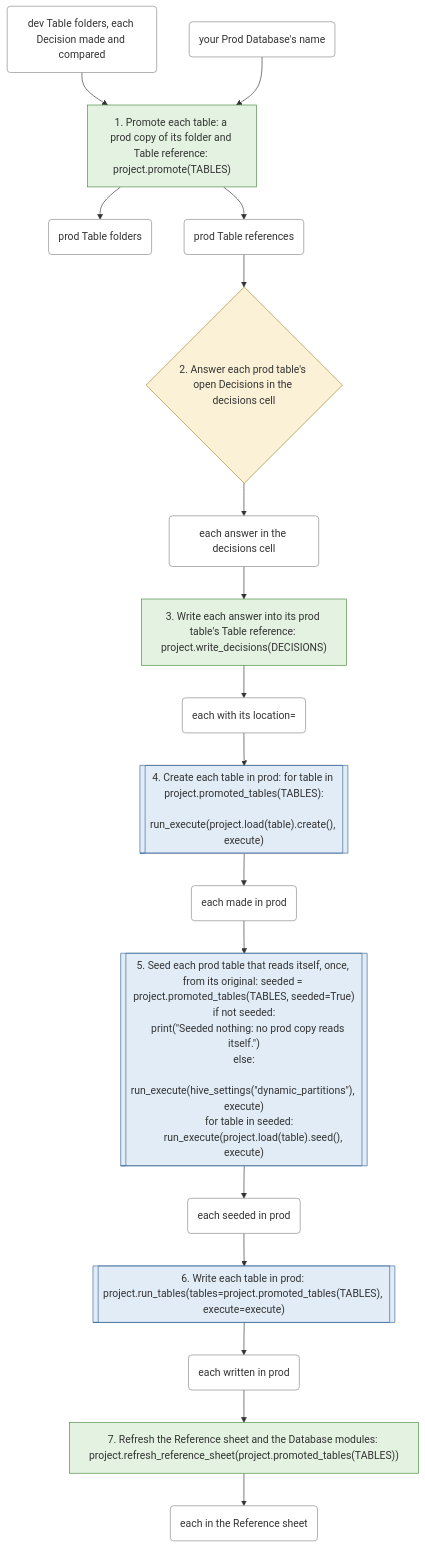
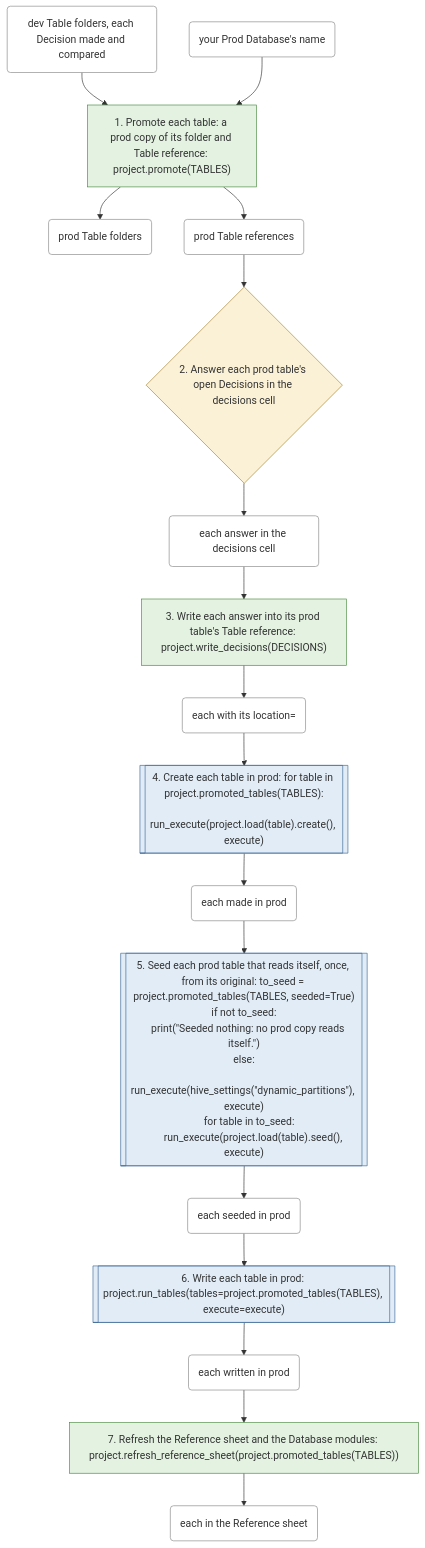
One commit to EdgyPage/SQL-Composer changed the second of 6 diagrams in docs/workflows.md. Above: the diagram before and after it, drawn with Mermaid. The commit also changed other lines of this file and 43 other files, not shown here.

````diff
--- a/docs/workflows.md
+++ b/docs/workflows.md
@@ -90,47 +90,47 @@
 ```mermaid
 flowchart TD
     s0["1. Promote each table: a prod copy of its folder and Table reference: project.promote(TABLES)"]:::files_only
     s1{"2. Answer each prod table's open Decisions in the decisions cell"}:::your_decision
     s2["3. Write each answer into its prod table's Table reference: project.write_decisions(DECISIONS)"]:::files_only
     s3[["4. Create each table in prod: for table in project.promoted_tables(TABLES):
     run_execute(project.load(table).create(), execute)"]]:::warehouse_call
-    s4[["5. Seed each prod table that reads itself, once, from its original: seeded = project.promoted_tables(TABLES, seeded=True)
-if not seeded:
+    s4[["5. Seed each prod table that reads itself, once, from its original: to_seed = project.promoted_tables(TABLES, seeded=True)
+if not to_seed:
     print(#quot;Seeded nothing: no prod copy reads itself.#quot;)
 else:
     run_execute(hive_settings(#quot;dynamic_partitions#quot;), execute)
-    for table in seeded:
+    for table in to_seed:
         run_execute(project.load(table).seed(), execute)"]]:::warehouse_call
     s5[["6. Write each table in prod: project.run_tables(tables=project.promoted_tables(TABLES), execute=execute)"]]:::warehouse_call
     s6["7. Refresh the Reference sheet and the Database modules: project.refresh_reference_sheet(project.promoted_tables(TABLES))"]:::files_only
     t0("dev Table folders, each Decision made and compared"):::thing
     t1("your Prod Database's name"):::thing
     t2("prod Table folders"):::thing
     t3("prod Table references"):::thing
     t4("each answer in the decisions cell"):::thing
     t5("each with its location="):::thing
     t6("each made in prod"):::thing
     t7("each seeded in prod"):::thing
     t8("each written in prod"):::thing
     t9("each in the Reference sheet"):::thing
     t0 --> s0
     t1 --> s0
     s0 --> t2
     s0 --> t3
     t3 --> s1
     s1 --> t4
     t4 --> s2
     s2 --> t5
     t5 --> s3
     s3 --> t6
     t6 --> s4
     s4 --> t7
     t7 --> s5
     s5 --> t8
     t8 --> s6
     s6 --> t9
     classDef files_only fill:#e3f2e1,stroke:#4a8a3f
     classDef warehouse_call fill:#e1ecf7,stroke:#3f6a9a
     classDef your_decision fill:#fbf1d6,stroke:#a8842a
     classDef thing fill:#ffffff,stroke:#888888
 ```
````
